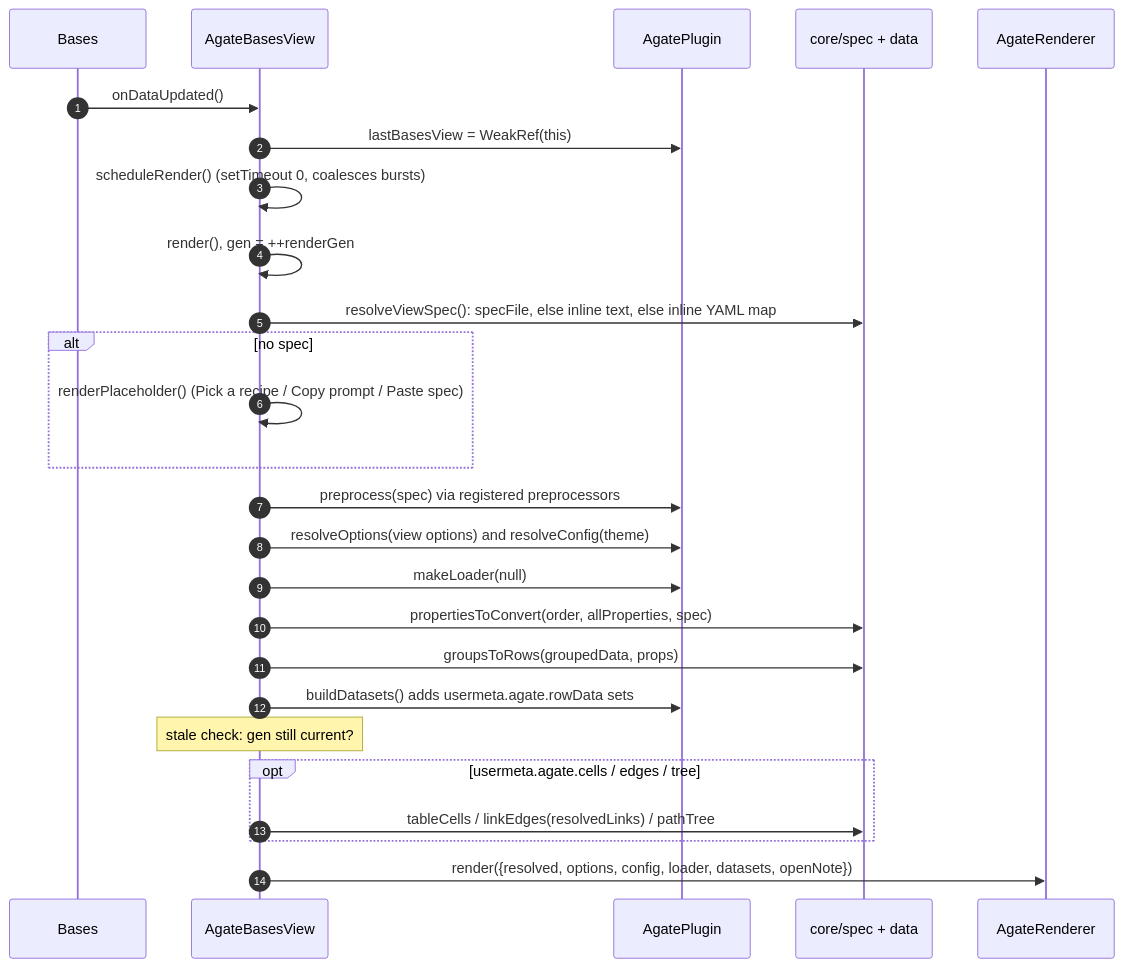
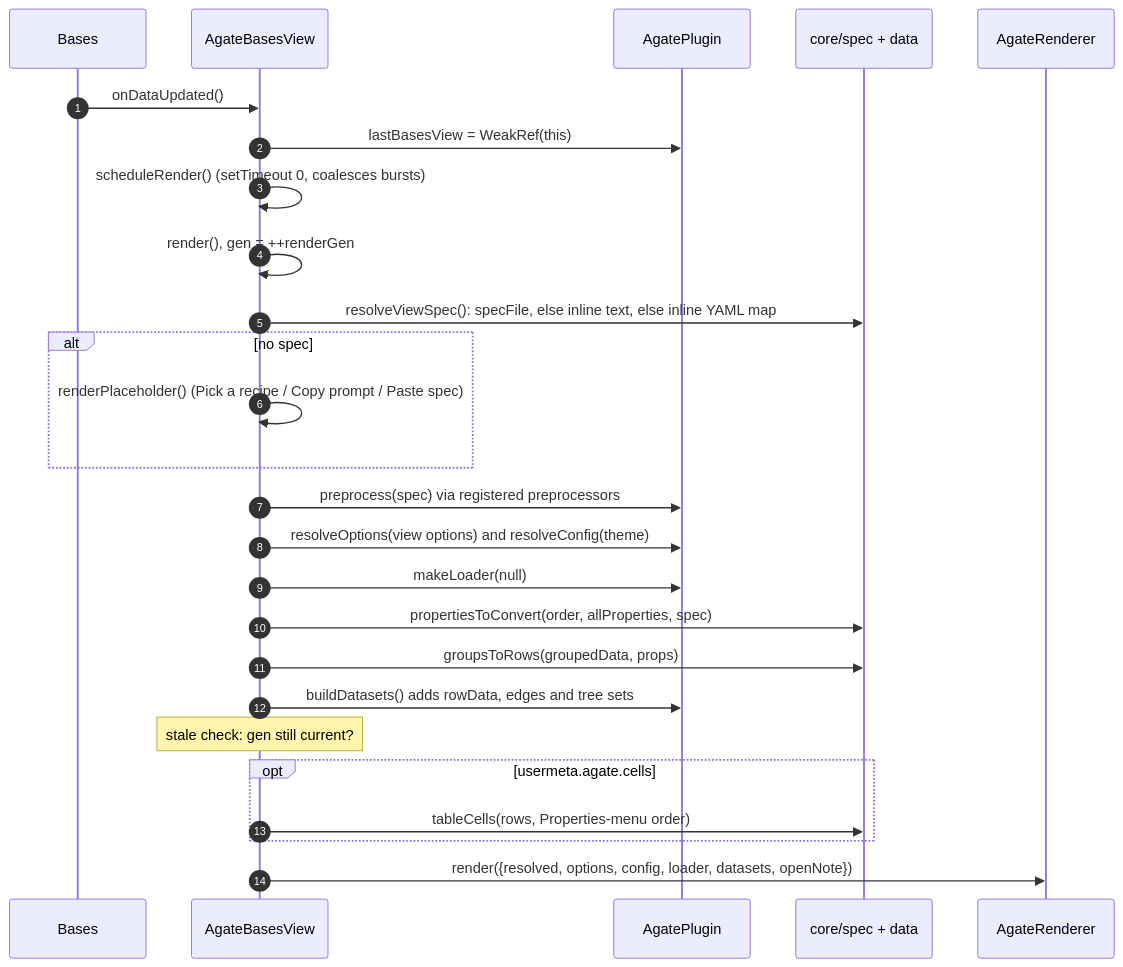
One commit to Casyfill/Agate changed the fourth of 13 diagrams in docs/architecture.md. Above: the diagram before and after it, drawn with Mermaid. The commit also changed other lines of this file and 6 other files, not shown here.

First line of the commit message:
Build edges and tree datasets in one place for both surfaces

````diff
--- a/docs/architecture.md
+++ b/docs/architecture.md
@@ -183,29 +183,29 @@
 ```mermaid
 sequenceDiagram
   autonumber
   participant B as Bases
   participant V as AgateBasesView
   participant P as AgatePlugin
   participant S as core/spec + data
   participant R as AgateRenderer
 
   B->>V: onDataUpdated()
   V->>P: lastBasesView = WeakRef(this)
   V->>V: scheduleRender() (setTimeout 0, coalesces bursts)
   V->>V: render(), gen = ++renderGen
   V->>S: resolveViewSpec(): specFile, else inline text, else inline YAML map
   alt no spec
     V->>V: renderPlaceholder() (Pick a recipe / Copy prompt / Paste spec)
   end
   V->>P: preprocess(spec) via registered preprocessors
   V->>P: resolveOptions(view options) and resolveConfig(theme)
   V->>P: makeLoader(null)
   V->>S: propertiesToConvert(order, allProperties, spec)
   V->>S: groupsToRows(groupedData, props)
-  V->>P: buildDatasets() adds usermeta.agate.rowData sets
+  V->>P: buildDatasets() adds rowData, edges and tree sets
   Note over V: stale check: gen still current?
-  opt usermeta.agate.cells / edges / tree
-    V->>S: tableCells / linkEdges(resolvedLinks) / pathTree
+  opt usermeta.agate.cells
+    V->>S: tableCells(rows, Properties-menu order)
   end
   V->>R: render({resolved, options, config, loader, datasets, openNote})
 ```
````
